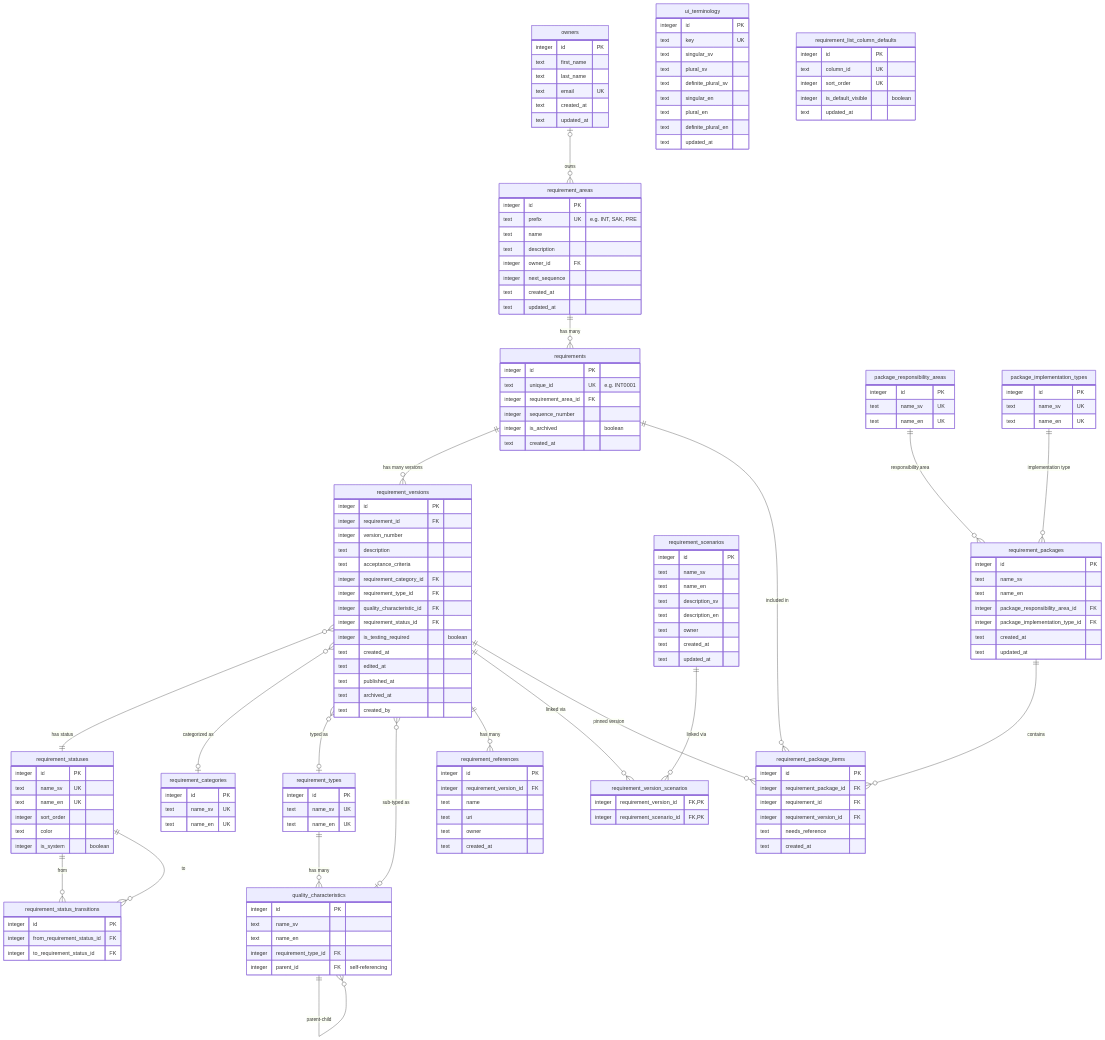
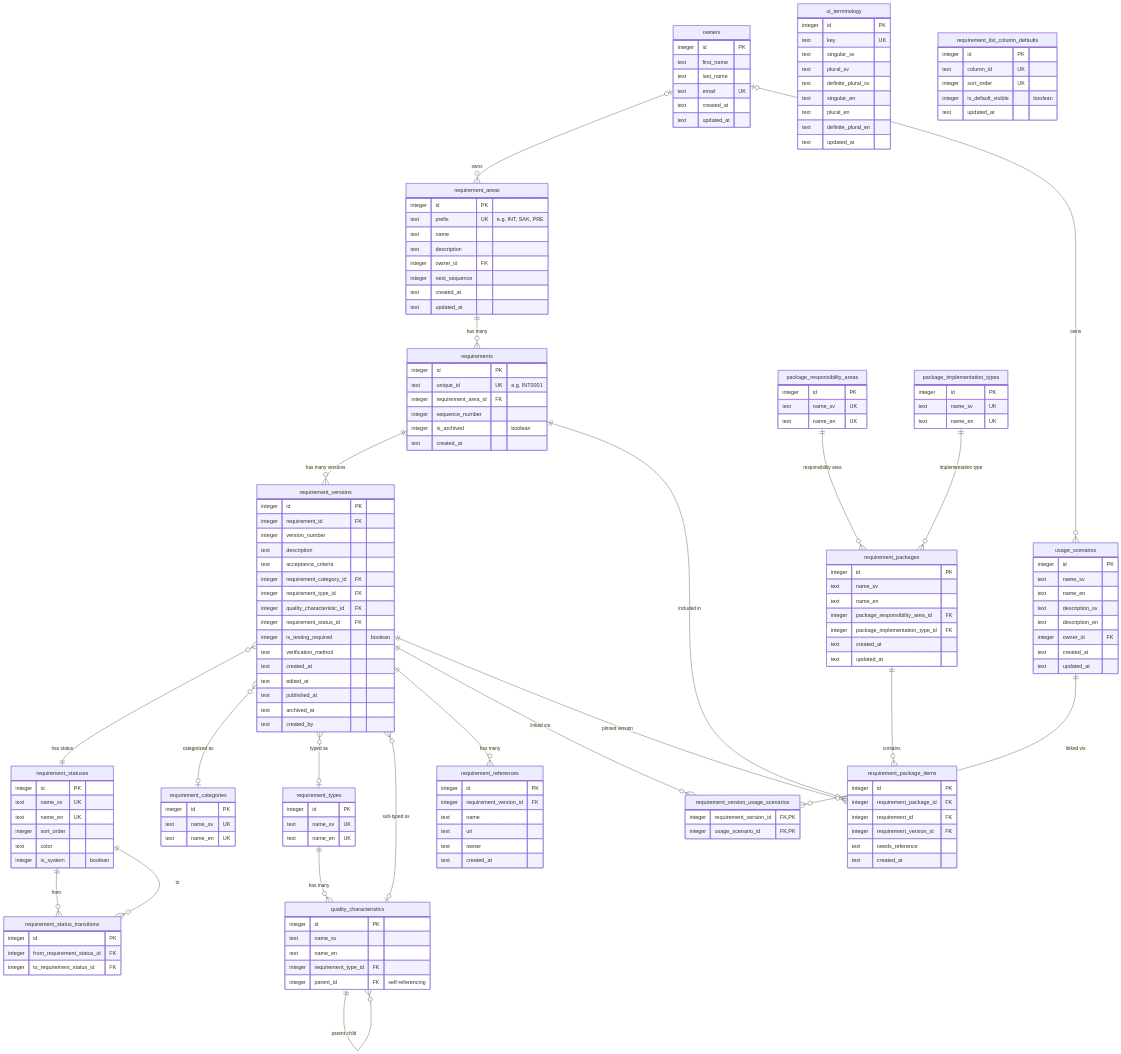
Before and after one commit to viscalyx/Kravhantering: the first of 2 diagrams in docs/database-schema.md, drawn with Mermaid. The commit also changed other lines of this file and 59 other files, not shown here.

```diff
--- a/docs/database-schema.md
+++ b/docs/database-schema.md
@@ -185,6 +185,7 @@
         integer quality_characteristic_id FK
         integer requirement_status_id FK
         integer is_testing_required "boolean"
+        text verification_method
         text created_at
         text edited_at
         text published_at
@@ -201,20 +202,20 @@
         text created_at
     }
 
-    requirement_scenarios {
+    usage_scenarios {
         integer id PK
         text name_sv
         text name_en
         text description_sv
         text description_en
-        text owner
+        integer owner_id FK
         text created_at
         text updated_at
     }
 
-    requirement_version_scenarios {
+    requirement_version_usage_scenarios {
         integer requirement_version_id FK, PK
-        integer requirement_scenario_id FK, PK
+        integer usage_scenario_id FK, PK
     }
 
     package_responsibility_areas {
@@ -257,8 +258,9 @@
     requirement_versions }o--o| requirement_types : "typed as"
     requirement_versions }o--o| quality_characteristics : "sub-typed as"
     requirement_versions ||--o{ requirement_references : "has many"
-    requirement_versions ||--o{ requirement_version_scenarios : "linked via"
-    requirement_scenarios ||--o{ requirement_version_scenarios : "linked via"
+    requirement_versions ||--o{ requirement_version_usage_scenarios : "linked via"
+    usage_scenarios ||--o{ requirement_version_usage_scenarios : "linked via"
+    owners |o--o{ usage_scenarios : "owns"
     requirement_types ||--o{ quality_characteristics : "has many"
     quality_characteristics ||--o{ quality_characteristics : "parent-child"
     requirement_statuses ||--o{ requirement_status_transitions : "from"
```
